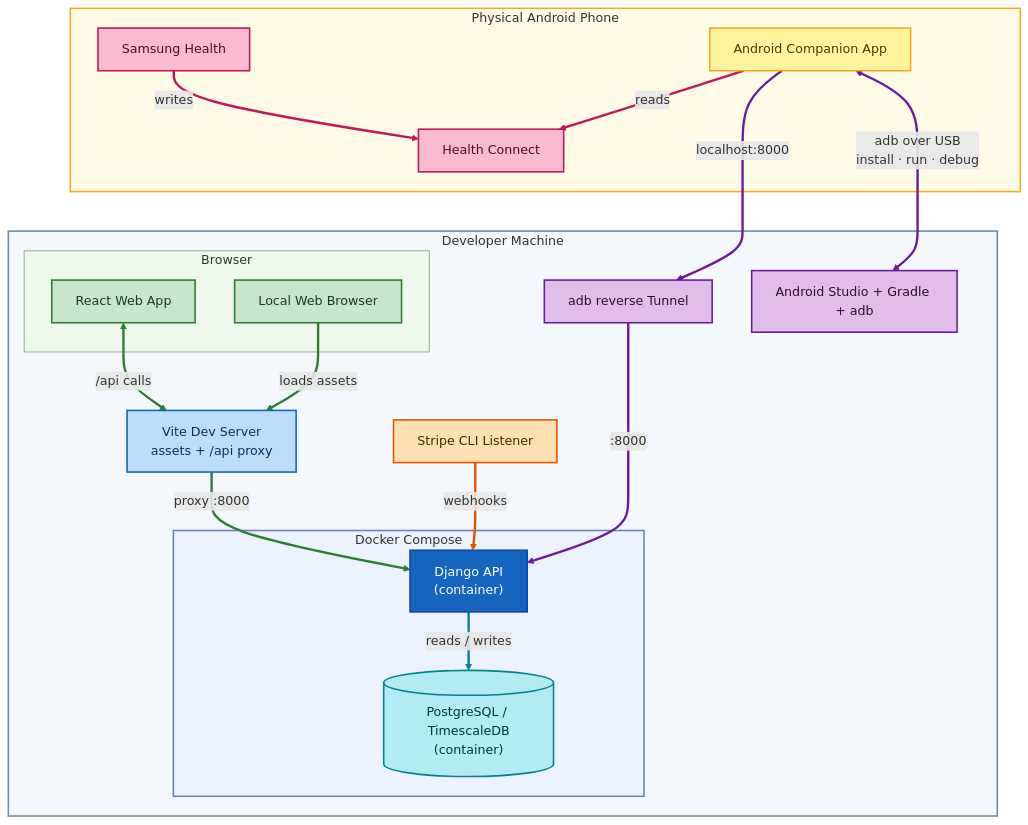
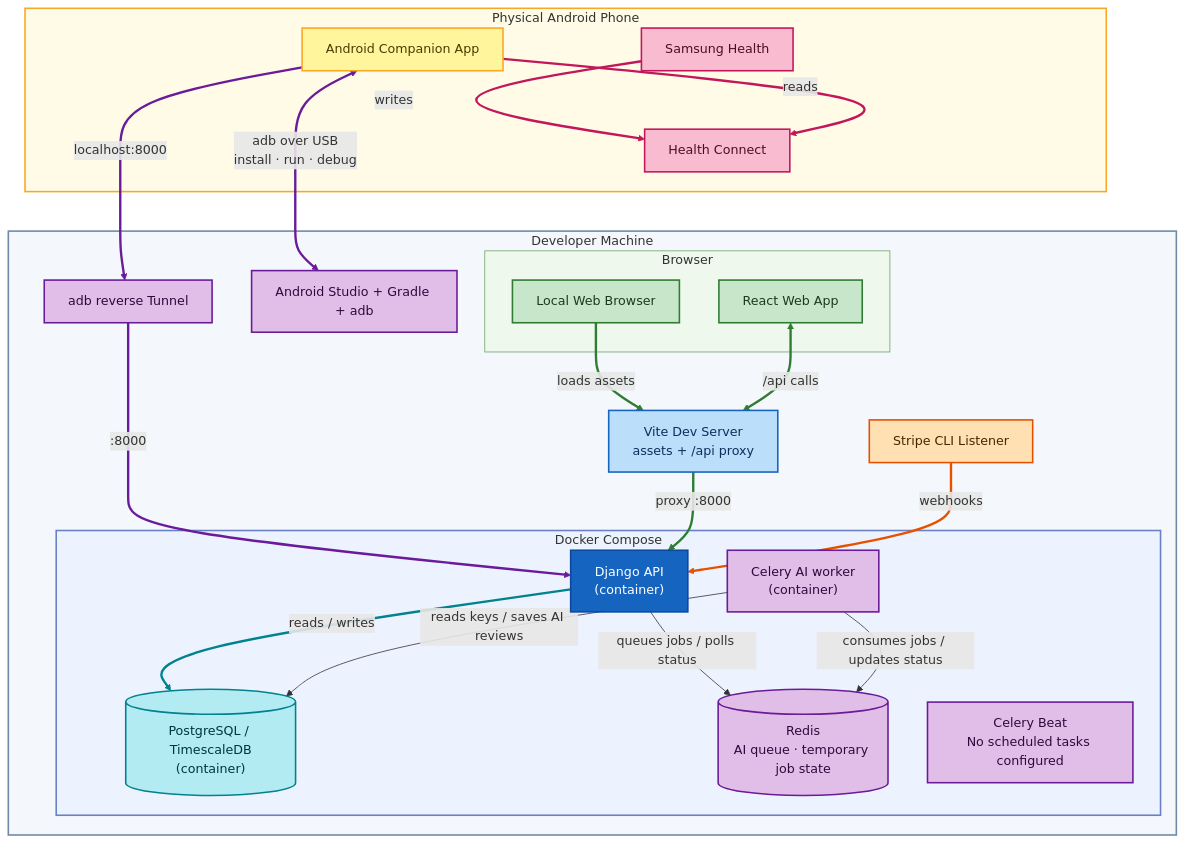
Before and after one commit to elvisrepo/long: the first of 5 diagrams in README.md, drawn with Mermaid. The commit also changed other lines of this file, not shown here.

Commit message:
added redis and celery

````diff
--- a/README.md
+++ b/README.md
@@ -54,69 +75,77 @@
 ```mermaid
 flowchart TB
     subgraph PHONE["Physical Android Phone"]
         localSamsungHealth["Samsung Health"]
         localAndroidClient["Android Companion App"]
         localHealthConnect["Health Connect"]
     end
 
     subgraph DEV["Developer Machine"]
         androidTooling["Android Studio + Gradle + adb"]
         adbReverse["adb reverse Tunnel"]
         stripeCli["Stripe CLI Listener"]
         subgraph BROWSER["Browser"]
             localBrowser["Local Web Browser"]
             localWebapp["React Web App"]
         end
         viteServer["Vite Dev Server<br/>assets + /api proxy"]
         subgraph DOCKER["Docker Compose"]
             localApi["Django API<br/>(container)"]
             localDb[("PostgreSQL / TimescaleDB<br/>(container)")]
+            localRedis[("Redis<br/>AI queue · temporary job state")]
+            localWorker["Celery AI worker<br/>(container)"]
+            localBeat["Celery Beat<br/>No scheduled tasks configured"]
         end
     end
 
     localAndroidClient <-->|"adb over USB<br/>install · run · debug"| androidTooling
     localAndroidClient -->|"localhost:8000"| adbReverse
     adbReverse -->|":8000"| localApi
     localSamsungHealth -->|"writes"| localHealthConnect
     localAndroidClient -->|"reads"| localHealthConnect
     localBrowser -->|"loads assets"| viteServer
     localWebapp <-->|"/api calls"| viteServer
     viteServer -->|"proxy :8000"| localApi
     stripeCli -->|"webhooks"| localApi
     localApi -->|"reads / writes"| localDb
+    localApi -->|"queues jobs / polls status"| localRedis
+    localWorker -->|"consumes jobs / updates status"| localRedis
+    localWorker -->|"reads keys / saves AI reviews"| localDb
 
     localHealthConnect ~~~ androidTooling
     localHealthConnect ~~~ adbReverse
     localHealthConnect ~~~ stripeCli
     localHealthConnect ~~~ localBrowser
     localHealthConnect ~~~ localWebapp
 
     classDef browser fill:#c8e6c9,stroke:#2e7d32,color:#1b3a1e,stroke-width:2px
     classDef proxy fill:#bbdefb,stroke:#1565c0,color:#0d2f5c,stroke-width:2px
     classDef stripe fill:#ffe0b2,stroke:#e65100,color:#4a2400,stroke-width:2px
     classDef tooling fill:#e1bee7,stroke:#6a1b9a,color:#2e0a3d,stroke-width:2px
     classDef android fill:#fff59d,stroke:#f9a825,color:#4a3b00,stroke-width:2px
     classDef health fill:#f8bbd0,stroke:#c2185b,color:#4a0f26,stroke-width:2px
     classDef api fill:#1565c0,stroke:#0d47a1,color:#ffffff,stroke-width:2px
     classDef db fill:#b2ebf2,stroke:#00838f,color:#00363d,stroke-width:2px
+    classDef async fill:#e1bee7,stroke:#6a1b9a,color:#2e0a3d,stroke-width:2px
 
     class localBrowser,localWebapp browser
     class viteServer proxy
     class stripeCli stripe
     class androidTooling,adbReverse tooling
     class localAndroidClient android
     class localHealthConnect,localSamsungHealth health
     class localApi api
     class localDb db
+    class localRedis,localWorker,localBeat async
 
     style DEV fill:#f4f7fb,stroke:#6f8aa6,stroke-width:2px
     style BROWSER fill:#eef8ec,stroke:#6ea36a
     style DOCKER fill:#edf2ff,stroke:#6980c7,stroke-width:2px
     style PHONE fill:#fffbe6,stroke:#f9a825,stroke-width:2px
 
     linkStyle 0,1,2 stroke:#6a1b9a,stroke-width:3px
     linkStyle 3,4 stroke:#c2185b,stroke-width:3px
     linkStyle 5,6,7 stroke:#2e7d32,stroke-width:3px
     linkStyle 8 stroke:#e65100,stroke-width:3px
     linkStyle 9 stroke:#00838f,stroke-width:3px
 ```
````
